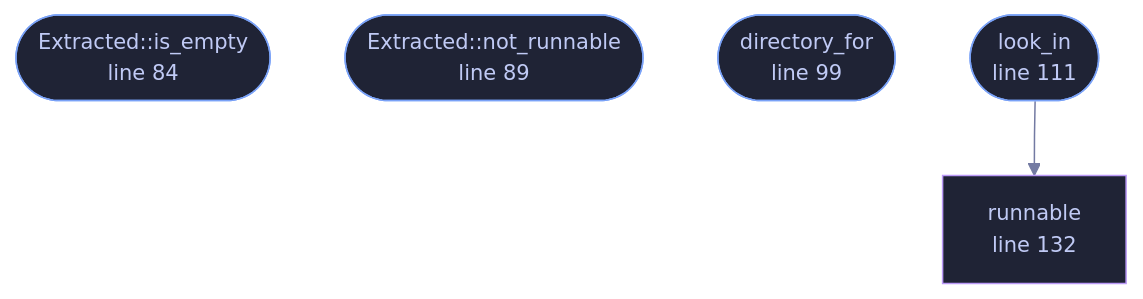
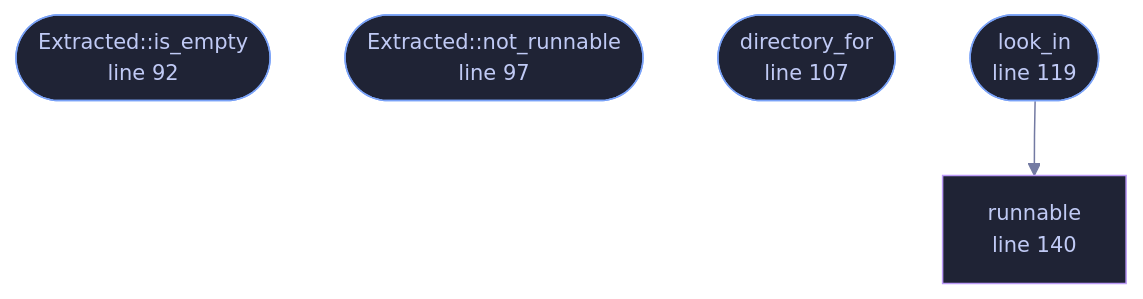
One commit to tilas01/veilvoice changed the diagram in docs/files/veilvoice-verify/extracted.md. Above: the diagram before and after it, drawn with Mermaid. The commit also changed other lines of this file and 108 other files, not shown here.

````diff
--- a/docs/files/veilvoice-verify/extracted.md
+++ b/docs/files/veilvoice-verify/extracted.md
@@ -112,19 +120,19 @@
 ```mermaid
 %%{init: {"theme":"base","themeVariables":{"background":"#1a1b26","primaryColor":"#1f2335","primaryTextColor":"#c0caf5","primaryBorderColor":"#7aa2f7","secondaryColor":"#16161e","tertiaryColor":"#16161e","lineColor":"#737aa2","textColor":"#c0caf5","mainBkg":"#1f2335","nodeBorder":"#7aa2f7","clusterBkg":"#16161e","clusterBorder":"#2f3549","fontFamily":"ui-monospace, SFMono-Regular, Consolas, monospace","fontSize":"14px"}}}%%
 flowchart TD
-    n_is_empty(["Extracted::is_empty<br/>line 84"])
-    n_not_runnable(["Extracted::not_runnable<br/>line 89"])
-    n_directory_for(["directory_for<br/>line 99"])
-    n_look_in(["look_in<br/>line 111"])
-    n_runnable["runnable<br/>line 132"]
+    n_is_empty(["Extracted::is_empty<br/>line 92"])
+    n_not_runnable(["Extracted::not_runnable<br/>line 97"])
+    n_directory_for(["directory_for<br/>line 107"])
+    n_look_in(["look_in<br/>line 119"])
+    n_runnable["runnable<br/>line 140"]
     n_look_in --> n_runnable
-    click n_is_empty href "https://github.com/tilas01/veilvoice/blob/main/crates/veilvoice-verify/src/extracted.rs#L84" "open the source"
-    click n_not_runnable href "https://github.com/tilas01/veilvoice/blob/main/crates/veilvoice-verify/src/extracted.rs#L89" "open the source"
-    click n_directory_for href "https://github.com/tilas01/veilvoice/blob/main/crates/veilvoice-verify/src/extracted.rs#L99" "open the source"
-    click n_look_in href "https://github.com/tilas01/veilvoice/blob/main/crates/veilvoice-verify/src/extracted.rs#L111" "open the source"
-    click n_runnable href "https://github.com/tilas01/veilvoice/blob/main/crates/veilvoice-verify/src/extracted.rs#L132" "open the source"
+    click n_is_empty href "https://github.com/tilas01/veilvoice/blob/main/crates/veilvoice-verify/src/extracted.rs#L92" "open the source"
+    click n_not_runnable href "https://github.com/tilas01/veilvoice/blob/main/crates/veilvoice-verify/src/extracted.rs#L97" "open the source"
+    click n_directory_for href "https://github.com/tilas01/veilvoice/blob/main/crates/veilvoice-verify/src/extracted.rs#L107" "open the source"
+    click n_look_in href "https://github.com/tilas01/veilvoice/blob/main/crates/veilvoice-verify/src/extracted.rs#L119" "open the source"
+    click n_runnable href "https://github.com/tilas01/veilvoice/blob/main/crates/veilvoice-verify/src/extracted.rs#L140" "open the source"
     classDef entry fill:#1f2335,stroke:#7aa2f7,color:#c0caf5
     class n_is_empty,n_not_runnable,n_directory_for,n_look_in entry
     classDef helper fill:#1f2335,stroke:#bb9af7,color:#c0caf5
     class n_runnable helper
 ```
````
